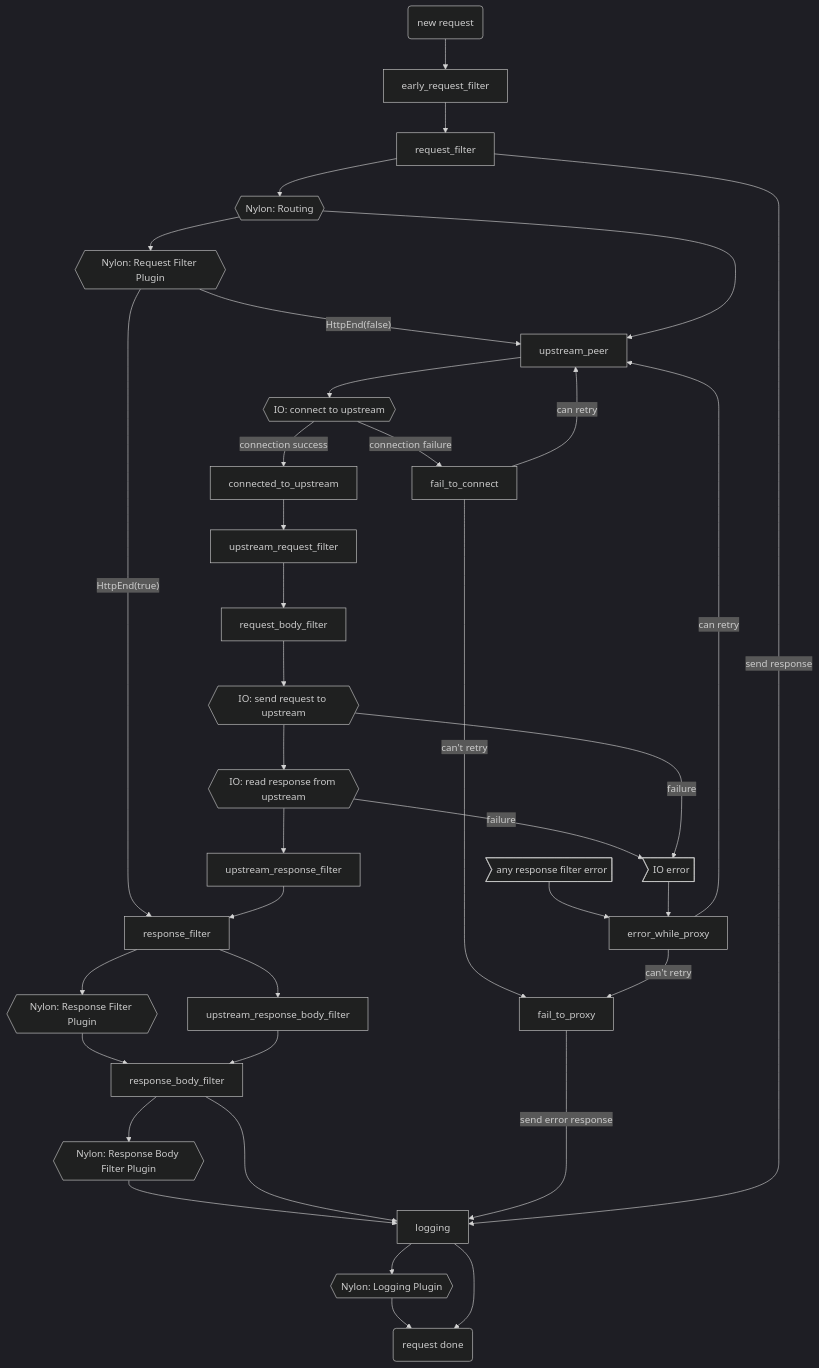
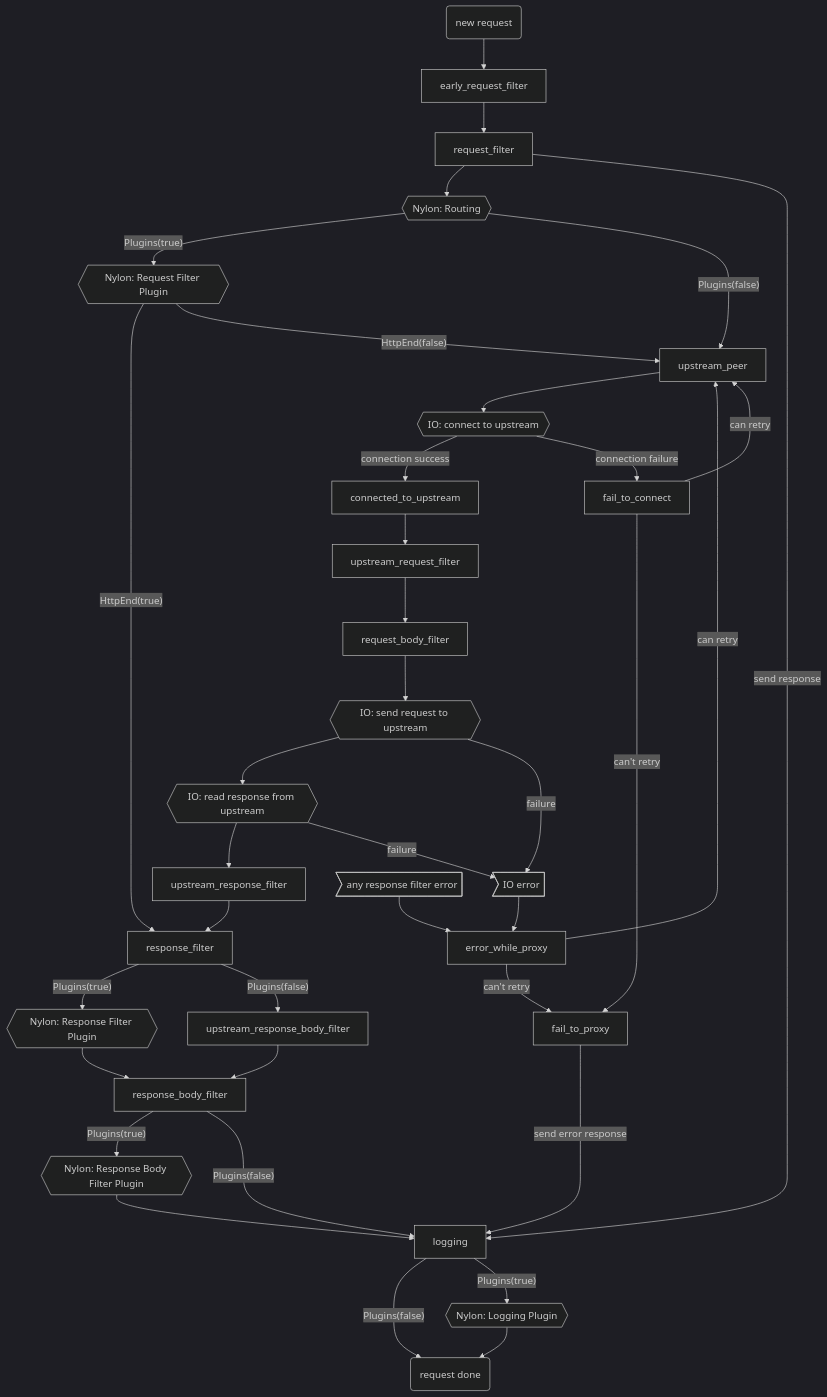
One commit to AssetsArt/nylon-docs changed the diagram in src/content/docs/overview.mdx. Above: the diagram before and after it, drawn with Mermaid (dark theme).

Commit message:
Refine Nylon routing and filtering documentation; clarify plugin interactions in diagrams and enhance flow representation for better understanding.

````diff
--- a/src/content/docs/overview.mdx
+++ b/src/content/docs/overview.mdx
@@ -58,41 +58,41 @@
 ```mermaid
 graph TD;
     start("new request")-->early_request_filter;
     early_request_filter-->request_filter;
 
     request_filter --> nylon_routing{{Nylon: Routing}};
-    nylon_routing --> req_filter{{Nylon: Request Filter Plugin}};
+    nylon_routing -- Plugins(true) --> req_filter{{Nylon: Request Filter Plugin}};
+    nylon_routing -- Plugins(false) --> upstream_peer;
     req_filter -- HttpEnd(true) --> response_filter;
     req_filter -- HttpEnd(false) --> upstream_peer;
-    nylon_routing --> upstream_peer;
 
     upstream_peer-->Connect{{IO: connect to upstream}};
     Connect--connection success-->connected_to_upstream;
     Connect--connection failure-->fail_to_connect;
     connected_to_upstream-->upstream_request_filter;
     upstream_request_filter --> request_body_filter;
     request_body_filter --> SendReq{{IO: send request to upstream}};
     SendReq-->RecvResp{{IO: read response from upstream}};
     RecvResp-->upstream_response_filter;
     upstream_response_filter-->response_filter;
 
-    response_filter --> res_filter{{Nylon: Response Filter Plugin}};
+    response_filter -- Plugins(true) --> res_filter{{Nylon: Response Filter Plugin}};
+    response_filter -- Plugins(false) --> upstream_response_body_filter;
     res_filter --> response_body_filter;
-    response_body_filter --> res_body_filter{{Nylon: Response Body Filter Plugin}};
+    response_body_filter -- Plugins(true) --> res_body_filter{{Nylon: Response Body Filter Plugin}};
+    response_body_filter-- Plugins(false) -->logging -- Plugins(false) -->endreq("request done");
+    logging -- Plugins(true) --> logging_plugin{{Nylon: Logging Plugin}};
     res_body_filter --> logging;
-    logging --> logging_plugin{{Nylon: Logging Plugin}};
     logging_plugin --> endreq("request done");
     
-    response_filter-->upstream_response_body_filter;
     upstream_response_body_filter-->response_body_filter;
-    response_body_filter-->logging-->endreq("request done");
     fail_to_connect --can retry-->upstream_peer;
     fail_to_connect --can't retry-->fail_to_proxy--send error response-->logging;
     RecvResp--failure-->IOFailure;
     SendReq--failure-->IOFailure;
     error_while_proxy--can retry-->upstream_peer;
     error_while_proxy--can't retry-->fail_to_proxy;
     request_filter --send response-->logging;
     Error>any response filter error]-->error_while_proxy;
     IOFailure>IO error]-->error_while_proxy;
 ```
````
